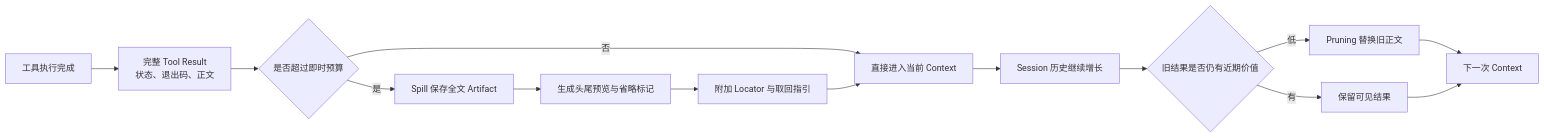
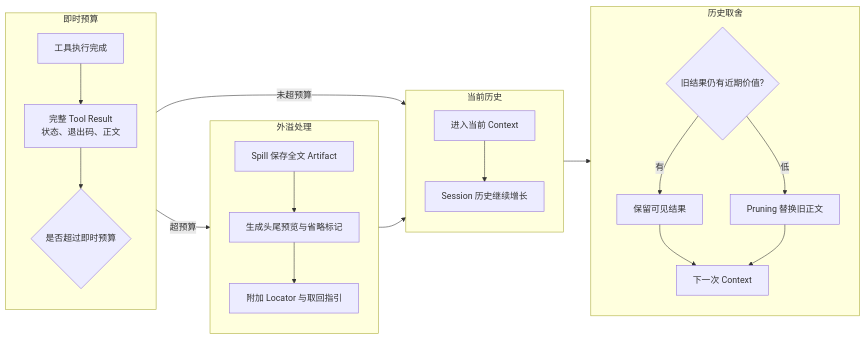
Before and after one commit to specialpointcentral/harness: the diagram in docs/harness-survey/14_token_efficiency_and_cost_control.md, drawn with Mermaid. The commit also changed 18 other files, not shown here.

First line of the commit message:
docs: improve diagram layouts and tidy supporting files

````diff
--- a/docs/harness-survey/14_token_efficiency_and_cost_control.md
+++ b/docs/harness-survey/14_token_efficiency_and_cost_control.md
@@ -45,16 +45,33 @@
 ```mermaid
 flowchart LR
-  T[工具执行完成] --> R[完整 Tool Result<br/>状态、退出码、正文]
-  R --> B{是否超过即时预算}
-  B -->|否| C[直接进入当前 Context]
-  B -->|是| S[Spill 保存全文 Artifact]
-  S --> P[生成头尾预览与省略标记]
-  P --> L[附加 Locator 与取回指引]
-  L --> C
-  C --> H[Session 历史继续增长]
-  H --> Q{旧结果是否仍有近期价值}
-  Q -->|有| K[保留可见结果]
-  Q -->|低| N[Pruning 替换旧正文]
-  N --> C2[下一次 Context]
-  K --> C2
+  subgraph C1[即时预算]
+    direction TB
+    T[工具执行完成] --> R[完整 Tool Result<br/>状态、退出码、正文]
+    R --> B{是否超过即时预算}
+  end
+  subgraph C2[外溢处理]
+    direction TB
+    S[Spill 保存全文 Artifact]
+    P[生成头尾预览与省略标记]
+    L[附加 Locator 与取回指引]
+    S --> P --> L
+  end
+  subgraph C3[当前历史]
+    direction TB
+    C[进入当前 Context]
+    H[Session 历史继续增长]
+    C --> H
+  end
+  subgraph C4[历史取舍]
+    direction TB
+    Q{旧结果仍有近期价值?}
+    K[保留可见结果]
+    N[Pruning 替换旧正文]
+    Z[下一次 Context]
+    Q -->|有| K --> Z
+    Q -->|低| N --> Z
+  end
+  C1 -->|超预算| C2
+  C1 -->|未超预算| C3
+  C2 --> C3 --> C4
 ```
````
